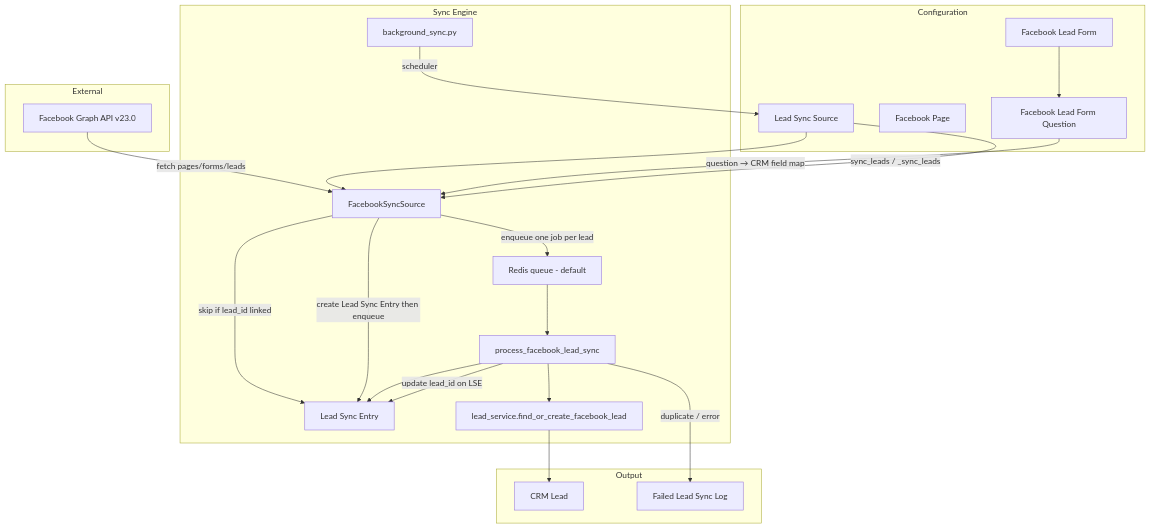
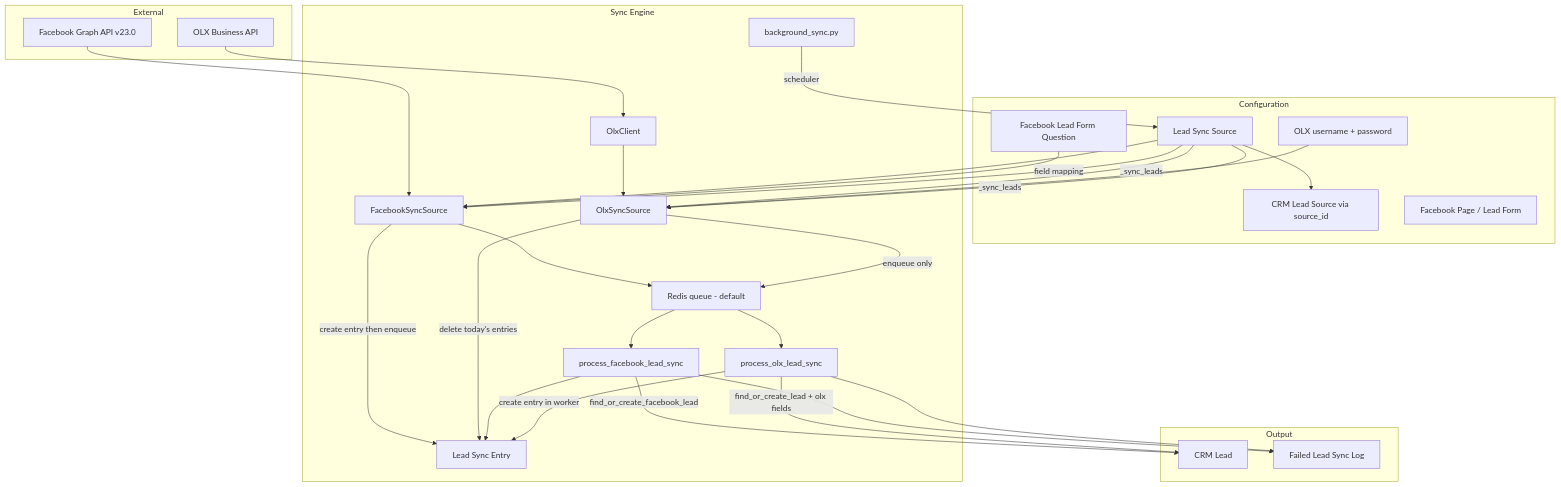
One commit to CarrumMobility/frappe-core changed the first of 3 diagrams in docs/technical/lead_sync_source.md. Above: the diagram before and after it, drawn with Mermaid. The commit also changed other lines of this file and 7 other files, not shown here.

Commit message:
feat(integrations): add OLX Business API client and update lead sync documentation

````diff
--- a/docs/technical/lead_sync_source.md
+++ b/docs/technical/lead_sync_source.md
@@ -20,43 +20,54 @@
 ```mermaid
 flowchart TB
     subgraph External
         FB[Facebook Graph API v23.0]
+        OLX[OLX Business API]
     end
 
     subgraph Configuration
         LSS[Lead Sync Source]
-        FBP[Facebook Page]
-        FBLF[Facebook Lead Form]
+        CLS[CRM Lead Source via source_id]
+        FBP[Facebook Page / Lead Form]
         FBLFQ[Facebook Lead Form Question]
+        OLXC[OLX username + password]
     end
 
     subgraph Sync Engine
         FBS[FacebookSyncSource]
+        OSS[OlxSyncSource]
+        OC[OlxClient]
         BG[background_sync.py]
         Q[Redis queue - default]
-        W[process_facebook_lead_sync]
+        WFB[process_facebook_lead_sync]
+        WOLX[process_olx_lead_sync]
         LSE[Lead Sync Entry]
-        LS[lead_service.find_or_create_facebook_lead]
     end
 
     subgraph Output
         CRM[CRM Lead]
         FLL[Failed Lead Sync Log]
     end
 
-    FB -->|fetch pages/forms/leads| FBS
+    LSS --> CLS
+    FB --> FBS
+    OLX --> OC --> OSS
     LSS --> FBS
-    FBLF --> FBLFQ
-    FBLFQ -->|question → CRM field map| FBS
+    LSS --> OSS
+    OLXC --> OSS
+    FBLFQ -->|field mapping| FBS
     BG -->|scheduler| LSS
-    LSS -->|sync_leads / _sync_leads| FBS
-    FBS -->|skip if lead_id linked| LSE
-    FBS -->|create Lead Sync Entry then enqueue| LSE
-    FBS -->|enqueue one job per lead| Q
-    Q --> W
-    W --> LSE
-    W --> LS
-    LS --> CRM
-    W -->|update lead_id on LSE| LSE
-    W -->|duplicate / error| FLL
+    LSS -->|_sync_leads| FBS
+    LSS -->|_sync_leads| OSS
+    FBS -->|create entry then enqueue| LSE
+    FBS --> Q
+    OSS -->|delete today's entries| LSE
+    OSS -->|enqueue only| Q
+    Q --> WFB
+    Q --> WOLX
+    WFB --> LSE
+    WOLX -->|create entry in worker| LSE
+    WFB -->|find_or_create_facebook_lead| CRM
+    WOLX -->|find_or_create_lead + olx fields| CRM
+    WFB --> FLL
+    WOLX --> FLL
 ```
````
